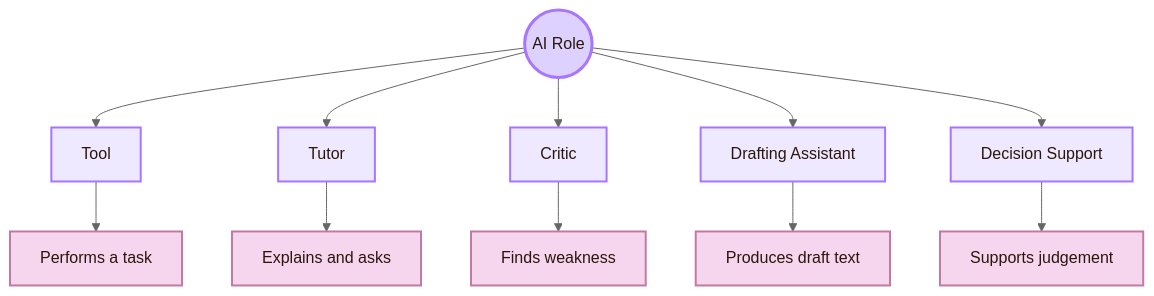
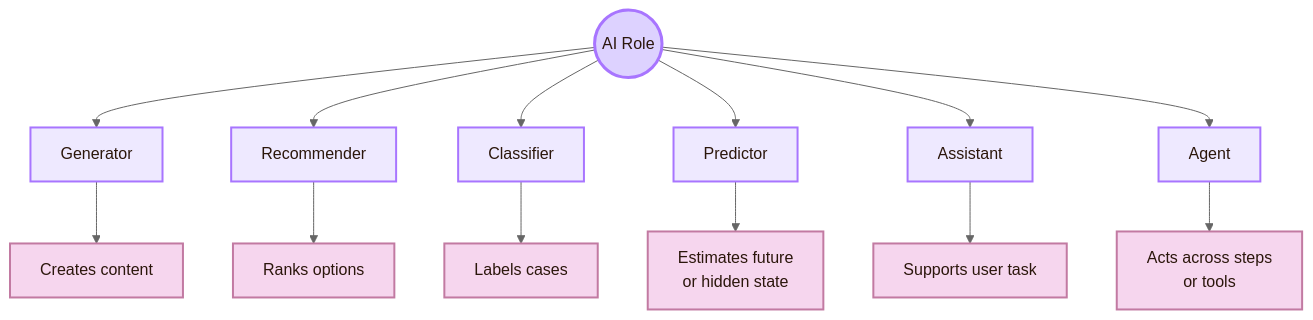
Before and after one commit to andreitegzes06-ui/CogniShire: the third of 7 diagrams in 01_Core_Area_HCI/001_Subareas/05_Human_AI_Interaction/Activities/Design.md, drawn with Mermaid (neutral theme). The commit also changed other lines of this file and 131 other files, not shown here.

````diff
--- a/01_Core_Area_HCI/001_Subareas/05_Human_AI_Interaction/Activities/Design.md
+++ b/01_Core_Area_HCI/001_Subareas/05_Human_AI_Interaction/Activities/Design.md
@@ -245,24 +162,26 @@
 ```mermaid
 flowchart TB
     A((AI Role))
 
-    A --> B[Tool]
-    A --> C[Tutor]
-    A --> D[Critic]
-    A --> E[Drafting Assistant]
-    A --> F[Decision Support]
+    A --> B[Generator]
+    A --> C[Recommender]
+    A --> D[Classifier]
+    A --> E[Predictor]
+    A --> F[Assistant]
+    A --> G[Agent]
 
-    B --> B1[Performs a task]
-    C --> C1[Explains and asks]
-    D --> D1[Finds weakness]
-    E --> E1[Produces draft text]
-    F --> F1[Supports judgement]
+    B --> B1[Creates content]
+    C --> C1[Ranks options]
+    D --> D1[Labels cases]
+    E --> E1[Estimates future<br/>or hidden state]
+    F --> F1[Supports user task]
+    G --> G1[Acts across steps<br/>or tools]
 
     classDef center fill:#ddd2ff,stroke:#a875ff,color:#2b160b,stroke-width:3px;
     classDef node fill:#eee9ff,stroke:#a875ff,color:#2b160b,stroke-width:2px;
     classDef detail fill:#f6d6ee,stroke:#c27aa2,color:#2b160b,stroke-width:2px;
 
     class A center;
-    class B,C,D,E,F node;
-    class B1,C1,D1,E1,F1 detail;
+    class B,C,D,E,F,G node;
+    class B1,C1,D1,E1,F1,G1 detail;
 ```
````
